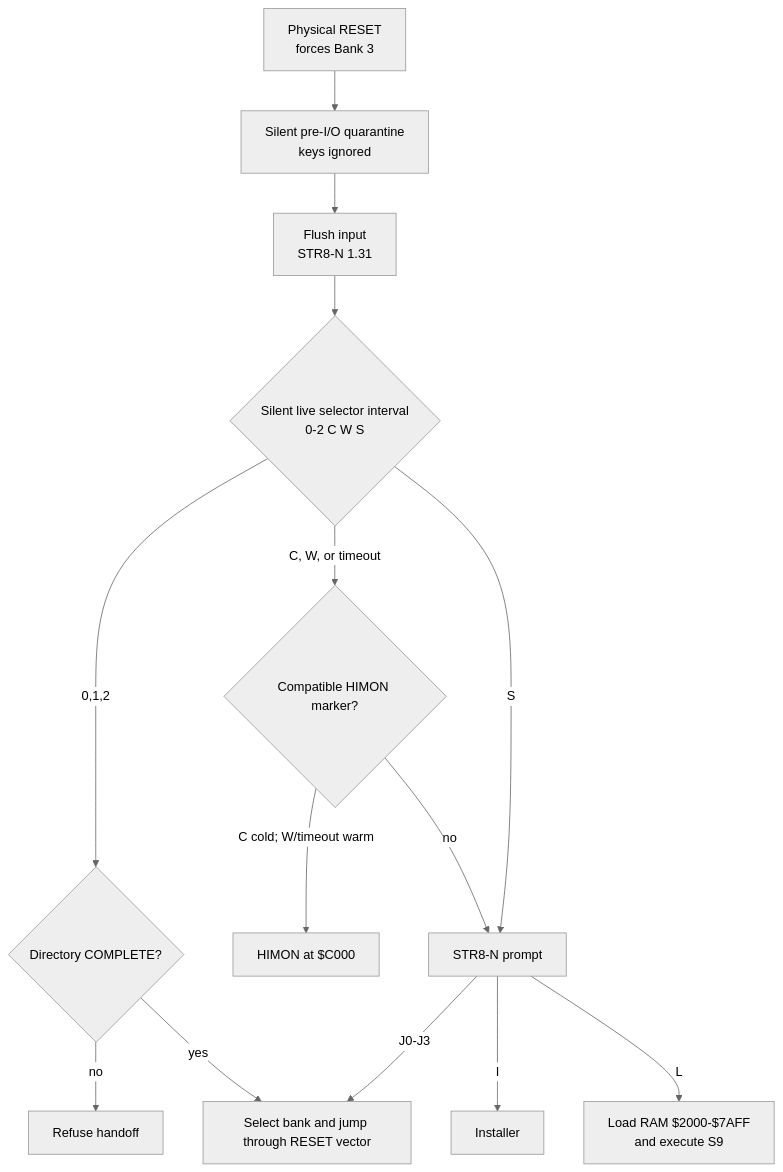
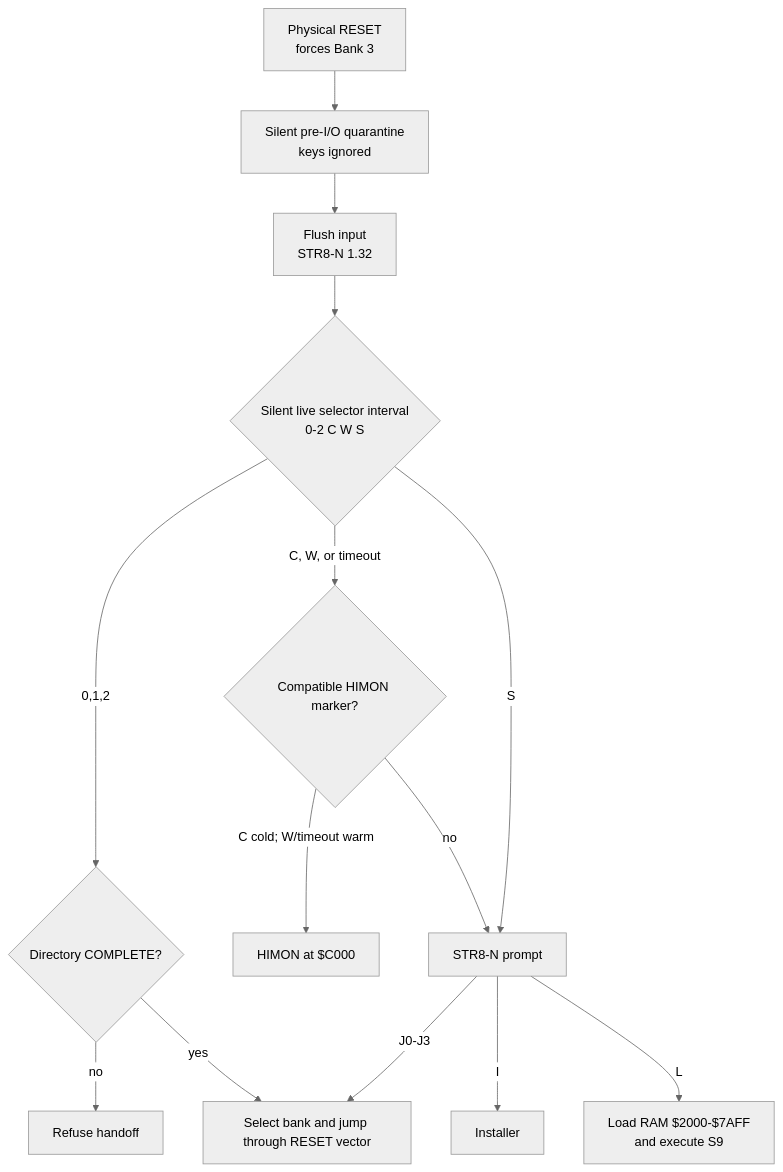
Before and after one commit to 95westus/STR8-N: the fourth of 14 diagrams in docs/MAPS.md, drawn with Mermaid (neutral theme). The commit also changed other lines of this file and 46 other files, not shown here.

````diff
--- a/docs/MAPS.md
+++ b/docs/MAPS.md
@@ -89,16 +89,16 @@
 ```mermaid
 flowchart TD
     R[Physical RESET<br/>forces Bank 3] --> A[Silent pre-I/O quarantine<br/>keys ignored]
-    A --> P[Flush input<br/>STR8-N 1.31]
+    A --> P[Flush input<br/>STR8-N 1.32]
     P --> Q{Silent live selector interval<br/>0-2 C W S}
     Q -->|0,1,2| C{Directory COMPLETE?}
     C -->|no| F[Refuse handoff]
     C -->|yes| J[Select bank and jump through RESET vector]
     Q -->|C, W, or timeout| M{Compatible HIMON marker?}
     M -->|C cold; W/timeout warm| H[HIMON at $C000]
     M -->|no| S[STR8-N prompt]
     Q -->|S| S
     S -->|J0-J3| J
     S -->|I| I[Installer]
     S -->|L| L[Load RAM $2000-$7AFF<br/>and execute S9]
 ```
````
